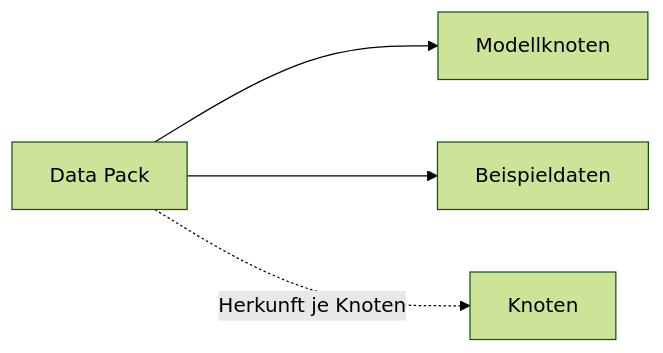
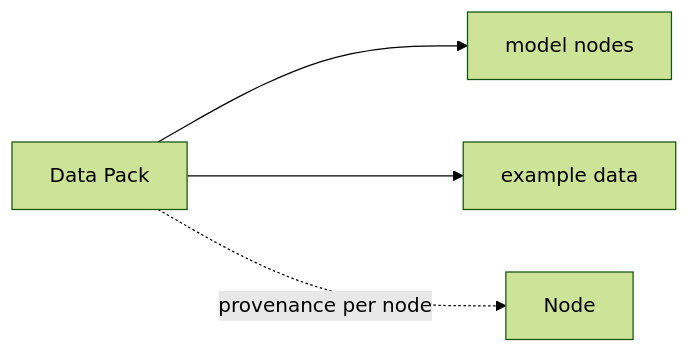
One commit to sfambach/wp-taxonomy-modeler changed diagram 40 of 50 in docs/NewConcept/10-domain-core.md. Above: the diagram before and after it, drawn with Mermaid (forest theme). The commit also changed other lines of this file and 4 other files, not shown here.

First line of the commit message:
Diagramme auf Englisch, Sachnamen bleiben

````diff
--- a/docs/NewConcept/10-domain-core.md
+++ b/docs/NewConcept/10-domain-core.md
@@ -2877,6 +2877,6 @@
 ```mermaid
 flowchart LR
-  P["Data Pack"] --> M["Modellknoten"]
-  P --> D["Beispieldaten"]
-  P -.Herkunft je Knoten.-> N["Knoten"]
+  P["Data Pack"] --> M["model nodes"]
+  P --> D["example data"]
+  P -.provenance per node.-> N["Node"]
 ```
````
